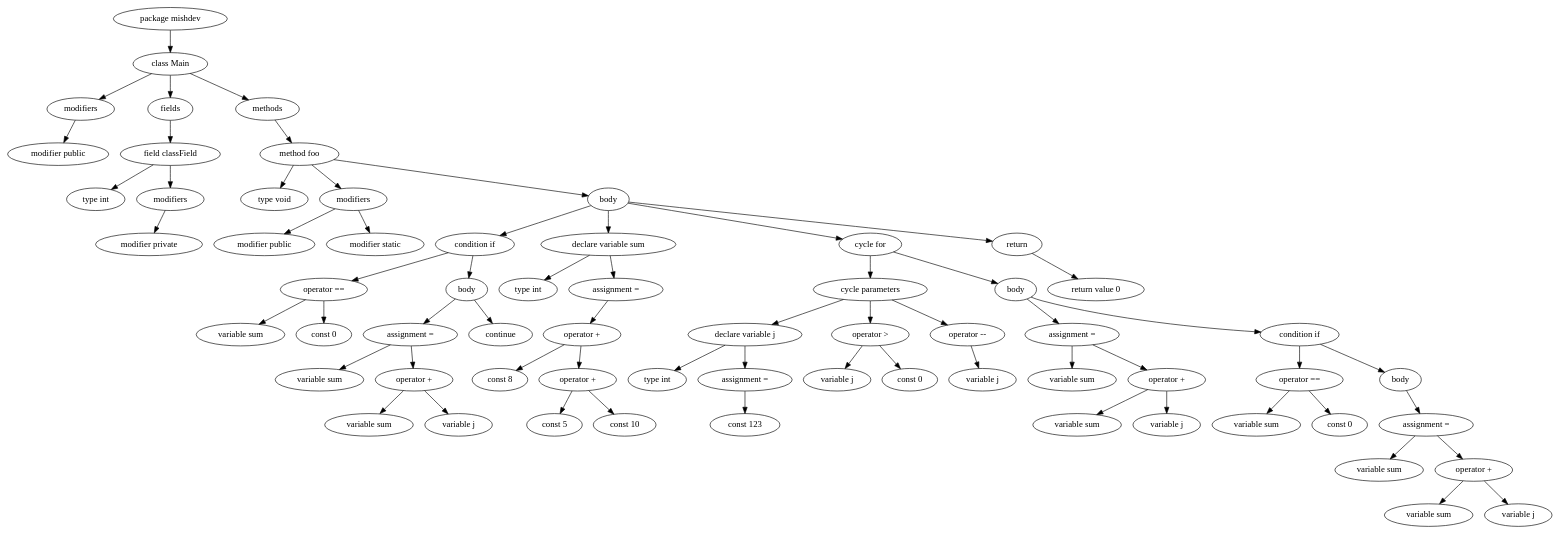
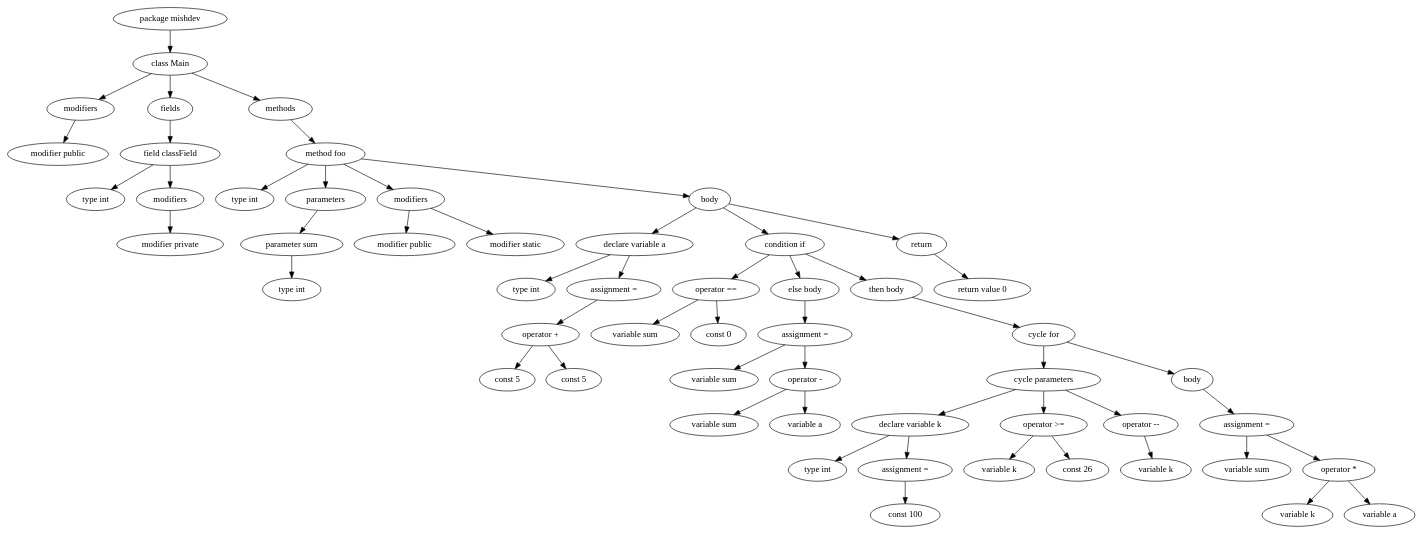
One commit to MikhailMe/ASTBuilder changed the diagram in src/main/resources/ast.dot. Above: the diagram before and after it, drawn with Graphviz. The commit also changed 5 other files, not shown here.

```diff
--- a/src/main/resources/ast.dot
+++ b/src/main/resources/ast.dot
@@ -1,130 +1,112 @@
 digraph{
 3[label="modifier public"];
 2[label="modifiers"];
 9[label="type int"];
 8[label="modifier private"];
 7[label="modifiers"];
 6[label="field classField"];
 4[label="fields"];
-14[label="type void"];
+14[label="type int"];
+17[label="type int"];
+16[label="parameter sum"];
+15[label="parameters"];
 12[label="modifier public"];
 13[label="modifier static"];
 11[label="modifiers"];
-19[label="variable sum"];
-20[label="const 0"];
-18[label="operator =="];
-23[label="variable sum"];
-25[label="variable sum"];
-26[label="variable j"];
-24[label="operator +"];
+21[label="type int"];
+24[label="const 5"];
+25[label="const 5"];
+23[label="operator +"];
 22[label="assignment ="];
-27[label="continue"];
-21[label="body"];
-17[label="condition if"];
-29[label="type int"];
-32[label="const 8"];
-34[label="const 5"];
-35[label="const 10"];
-33[label="operator +"];
-31[label="operator +"];
-30[label="assignment ="];
-28[label="declare variable sum"];
-40[label="type int"];
-42[label="const 123"];
-41[label="assignment ="];
-39[label="declare variable j"];
-44[label="variable j"];
-45[label="const 0"];
-43[label="operator >"];
-47[label="variable j"];
-46[label="operator --"];
-38[label="cycle parameters"];
-50[label="variable sum"];
-52[label="variable sum"];
-53[label="variable j"];
-51[label="operator +"];
-49[label="assignment ="];
-57[label="variable sum"];
-58[label="const 0"];
-56[label="operator =="];
-61[label="variable sum"];
-63[label="variable sum"];
-64[label="variable j"];
-62[label="operator +"];
-60[label="assignment ="];
-59[label="body"];
-55[label="condition if"];
-48[label="body"];
-37[label="cycle for"];
-66[label="return value 0"];
-65[label="return"];
-15[label="body"];
+20[label="declare variable a"];
+29[label="variable sum"];
+30[label="const 0"];
+28[label="operator =="];
+53[label="variable sum"];
+55[label="variable sum"];
+56[label="variable a"];
+54[label="operator -"];
+52[label="assignment ="];
+51[label="else body"];
+36[label="type int"];
+38[label="const 100"];
+37[label="assignment ="];
+35[label="declare variable k"];
+40[label="variable k"];
+41[label="const 26"];
+39[label="operator >="];
+43[label="variable k"];
+42[label="operator --"];
+34[label="cycle parameters"];
+46[label="variable sum"];
+48[label="variable k"];
+49[label="variable a"];
+47[label="operator *"];
+45[label="assignment ="];
+44[label="body"];
+33[label="cycle for"];
+31[label="then body"];
+27[label="condition if"];
+58[label="return value 0"];
+57[label="return"];
+19[label="body"];
 10[label="method foo"];
 5[label="methods"];
 1[label="class Main"];
 0[label="package mishdev"];
 0 -> 1
 1 -> 2
 2 -> 3
 1 -> 4
 4 -> 6
 6 -> 9
 6 -> 7
 7 -> 8
 1 -> 5
 5 -> 10
 10 -> 14
+10 -> 15
+15 -> 16
+16 -> 17
 10 -> 11
 11 -> 12
 11 -> 13
-10 -> 15
-15 -> 17
-17 -> 18
-18 -> 19
-18 -> 20
-17 -> 21
-21 -> 22
+10 -> 19
+19 -> 20
+20 -> 21
+20 -> 22
 22 -> 23
-22 -> 24
-24 -> 25
-24 -> 26
-21 -> 27
-15 -> 28
+23 -> 24
+23 -> 25
+19 -> 27
+27 -> 28
 28 -> 29
 28 -> 30
-30 -> 31
-31 -> 32
+27 -> 51
+51 -> 52
+52 -> 53
+52 -> 54
+54 -> 55
+54 -> 56
+27 -> 31
 31 -> 33
 33 -> 34
-33 -> 35
-15 -> 37
+34 -> 35
+35 -> 36
+35 -> 37
 37 -> 38
-38 -> 39
+34 -> 39
 39 -> 40
 39 -> 41
-41 -> 42
-38 -> 43
-43 -> 44
-43 -> 45
-38 -> 46
-46 -> 47
-37 -> 48
-48 -> 49
-49 -> 50
-49 -> 51
-51 -> 52
-51 -> 53
-48 -> 55
-55 -> 56
-56 -> 57
-56 -> 58
-55 -> 59
-59 -> 60
-60 -> 61
-60 -> 62
-62 -> 63
-62 -> 64
-15 -> 65
-65 -> 66
+34 -> 42
+42 -> 43
+33 -> 44
+44 -> 45
+45 -> 46
+45 -> 47
+47 -> 48
+47 -> 49
+19 -> 57
+57 -> 58
 
 }
```
